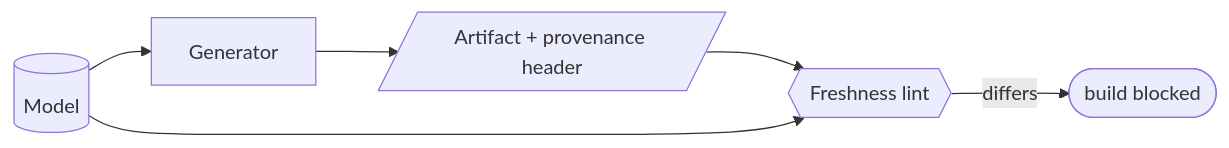
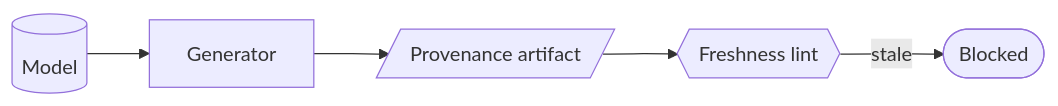
The diagram in book/appendix-fills/models-bridge/model-driven-codegen.md (davisjam/agent-governance-mechanisms), drawn with Mermaid before and after one commit. The commit also changed 21 other files, not shown here.

````diff
--- a/book/appendix-fills/models-bridge/model-driven-codegen.md
+++ b/book/appendix-fills/models-bridge/model-driven-codegen.md
@@ -33,8 +33,7 @@
 ```mermaid
 flowchart LR
   M[(Model)] --> Gen[Generator]
-  Gen --> Art[/Artifact + provenance header/]
+  Gen --> Art[/Provenance artifact/]
   Art --> Fresh{{Freshness lint}}
-  M --> Fresh
-  Fresh -->|differs| Fail([build blocked])
+  Fresh -->|stale| Fail([Blocked])
 ```
````
